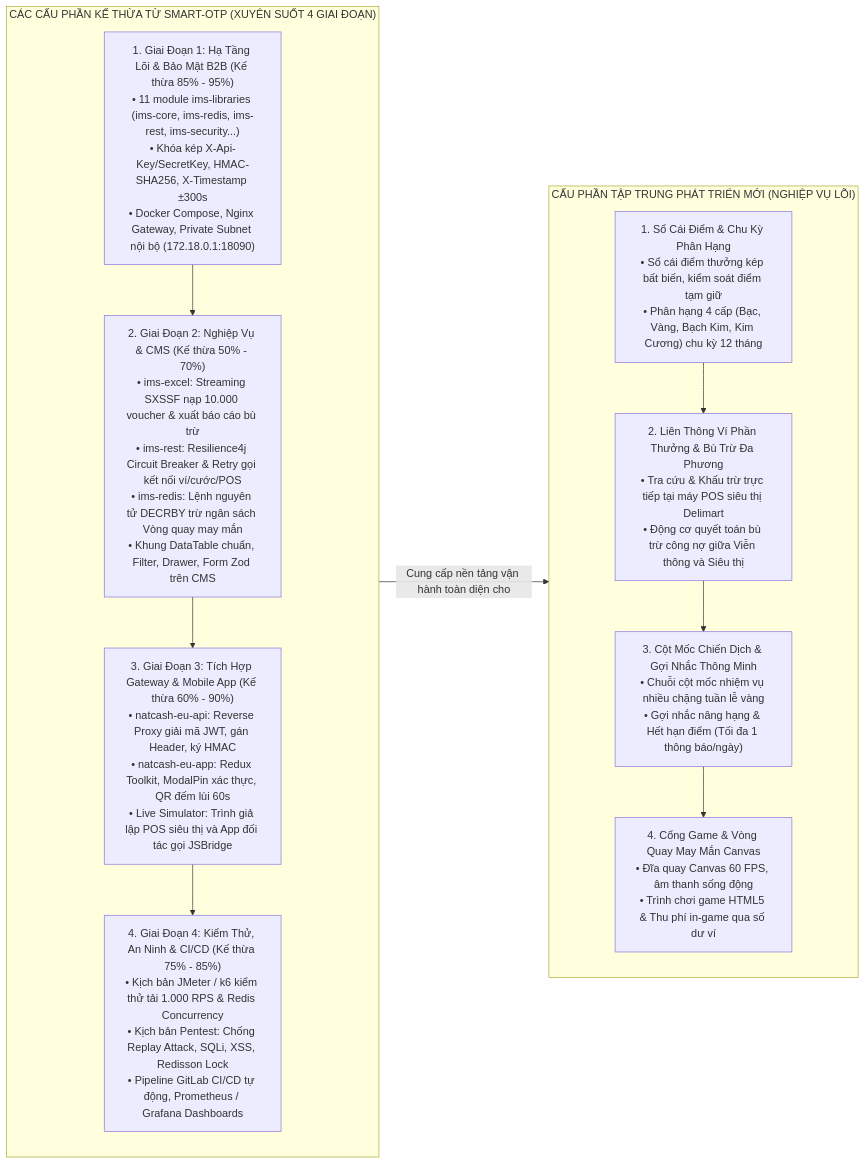
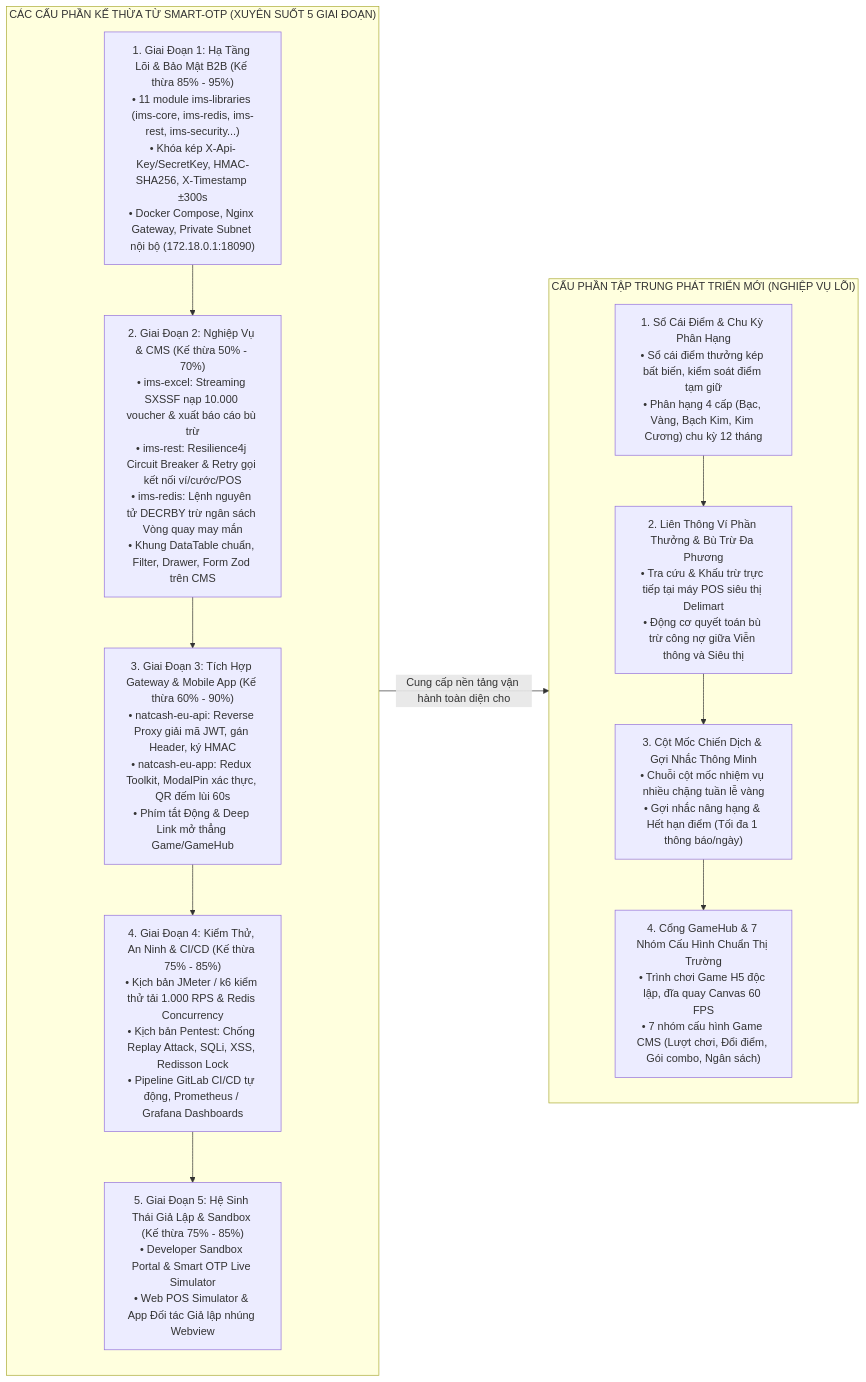
Before and after one commit to chapisoft/micro-loyalty: the second of 8 diagrams in plan/production_plan.md, drawn with Mermaid. The commit also changed other lines of this file and 25 other files, not shown here.

````diff
--- a/plan/production_plan.md
+++ b/plan/production_plan.md
@@ -66,26 +66,28 @@
 ```mermaid
 flowchart LR
-    subgraph S_INHERIT ["CÁC CẤU PHẦN KẾ THỪA TỪ SMART-OTP (XUYÊN SUỐT 4 GIAI ĐOẠN)"]
+    subgraph S_INHERIT ["CÁC CẤU PHẦN KẾ THỪA TỪ SMART-OTP (XUYÊN SUỐT 5 GIAI ĐOẠN)"]
         direction TB
         I_G1["1. Giai Đoạn 1: Hạ Tầng Lõi & Bảo Mật B2B (Kế thừa 85% - 95%)<br/>• 11 module ims-libraries (ims-core, ims-redis, ims-rest, ims-security...)<br/>• Khóa kép X-Api-Key/SecretKey, HMAC-SHA256, X-Timestamp ±300s<br/>• Docker Compose, Nginx Gateway, Private Subnet nội bộ (172.18.0.1:18090)"]
         I_G2["2. Giai Đoạn 2: Nghiệp Vụ & CMS (Kế thừa 50% - 70%)<br/>• ims-excel: Streaming SXSSF nạp 10.000 voucher & xuất báo cáo bù trừ<br/>• ims-rest: Resilience4j Circuit Breaker & Retry gọi kết nối ví/cước/POS<br/>• ims-redis: Lệnh nguyên tử DECRBY trừ ngân sách Vòng quay may mắn<br/>• Khung DataTable chuẩn, Filter, Drawer, Form Zod trên CMS"]
-        I_G3["3. Giai Đoạn 3: Tích Hợp Gateway & Mobile App (Kế thừa 60% - 90%)<br/>• natcash-eu-api: Reverse Proxy giải mã JWT, gán Header, ký HMAC<br/>• natcash-eu-app: Redux Toolkit, ModalPin xác thực, QR đếm lùi 60s<br/>• Live Simulator: Trình giả lập POS siêu thị và App đối tác gọi JSBridge"]
+        I_G3["3. Giai Đoạn 3: Tích Hợp Gateway & Mobile App (Kế thừa 60% - 90%)<br/>• natcash-eu-api: Reverse Proxy giải mã JWT, gán Header, ký HMAC<br/>• natcash-eu-app: Redux Toolkit, ModalPin xác thực, QR đếm lùi 60s<br/>• Phím tắt Động & Deep Link mở thẳng Game/GameHub"]
         I_G4["4. Giai Đoạn 4: Kiểm Thử, An Ninh & CI/CD (Kế thừa 75% - 85%)<br/>• Kịch bản JMeter / k6 kiểm thử tải 1.000 RPS & Redis Concurrency<br/>• Kịch bản Pentest: Chống Replay Attack, SQLi, XSS, Redisson Lock<br/>• Pipeline GitLab CI/CD tự động, Prometheus / Grafana Dashboards"]
+        I_G5["5. Giai Đoạn 5: Hệ Sinh Thái Giả Lập & Sandbox (Kế thừa 75% - 85%)<br/>• Developer Sandbox Portal & Smart OTP Live Simulator<br/>• Web POS Simulator & App Đối tác Giả lập nhúng Webview"]
         I_G1 --> I_G2
         I_G2 --> I_G3
         I_G3 --> I_G4
+        I_G4 --> I_G5
     end
 
     subgraph S_CORE_LOYALTY ["CẤU PHẦN TẬP TRUNG PHÁT TRIỂN MỚI (NGHIỆP VỤ LÕI)"]
         direction TB
         C_LEDGER["1. Sổ Cái Điểm & Chu Kỳ Phân Hạng<br/>• Sổ cái điểm thưởng kép bất biến, kiểm soát điểm tạm giữ<br/>• Phân hạng 4 cấp (Bạc, Vàng, Bạch Kim, Kim Cương) chu kỳ 12 tháng"]
         C_WALLET["2. Liên Thông Ví Phần Thưởng & Bù Trừ Đa Phương<br/>• Tra cứu & Khấu trừ trực tiếp tại máy POS siêu thị Delimart<br/>• Động cơ quyết toán bù trừ công nợ giữa Viễn thông và Siêu thị"]
         C_NUDGE["3. Cột Mốc Chiến Dịch & Gợi Nhắc Thông Minh<br/>• Chuỗi cột mốc nhiệm vụ nhiều chặng tuần lễ vàng<br/>• Gợi nhắc nâng hạng & Hết hạn điểm (Tối đa 1 thông báo/ngày)"]
-        C_GAME["4. Cổng Game & Vòng Quay May Mắn Canvas<br/>• Đĩa quay Canvas 60 FPS, âm thanh sống động<br/>• Trình chơi game HTML5 & Thu phí in-game qua số dư ví"]
+        C_GAME["4. Cổng GameHub & 7 Nhóm Cấu Hình Chuẩn Thị Trường<br/>• Trình chơi Game H5 độc lập, đĩa quay Canvas 60 FPS<br/>• 7 nhóm cấu hình Game CMS (Lượt chơi, Đổi điểm, Gói combo, Ngân sách)"]
         C_LEDGER --> C_WALLET
         C_WALLET --> C_NUDGE
         C_NUDGE --> C_GAME
     end
 
     I_G4 -->|"Cung cấp nền tảng vận hành toàn diện cho"| C_LEDGER
 ```
````
